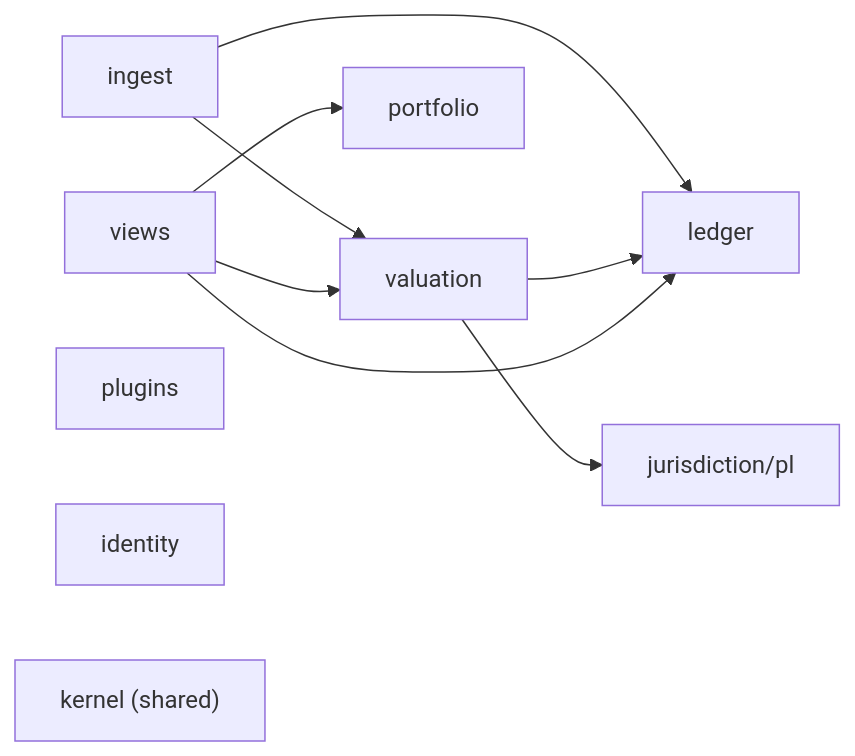
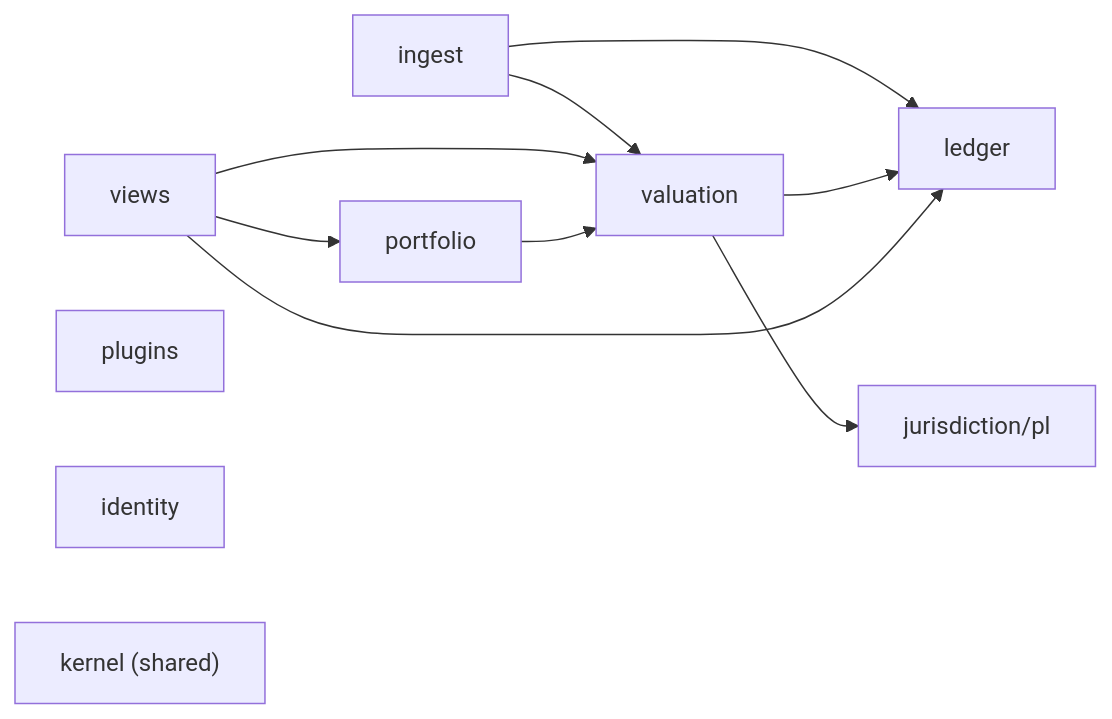
The third of 5 diagrams in docs/architecture.md (arkadiuss/openfief), drawn with Mermaid before and after one commit. The commit also changed other lines of this file and 2 other files, not shown here.

First line of the commit message:
docs: architecture, plugins and identity match the merged code

````diff
--- a/docs/architecture.md
+++ b/docs/architecture.md
@@ -99,13 +99,14 @@
 ```mermaid
 flowchart LR
   ingest --> ledger
   ingest --> valuation
   valuation --> ledger
   valuation --> pl["jurisdiction/pl"]
   views --> ledger
   views --> valuation
   views --> portfolio
+  portfolio --> valuation
   plugins
   identity
   kernel["kernel (shared)"]
 ```
````
